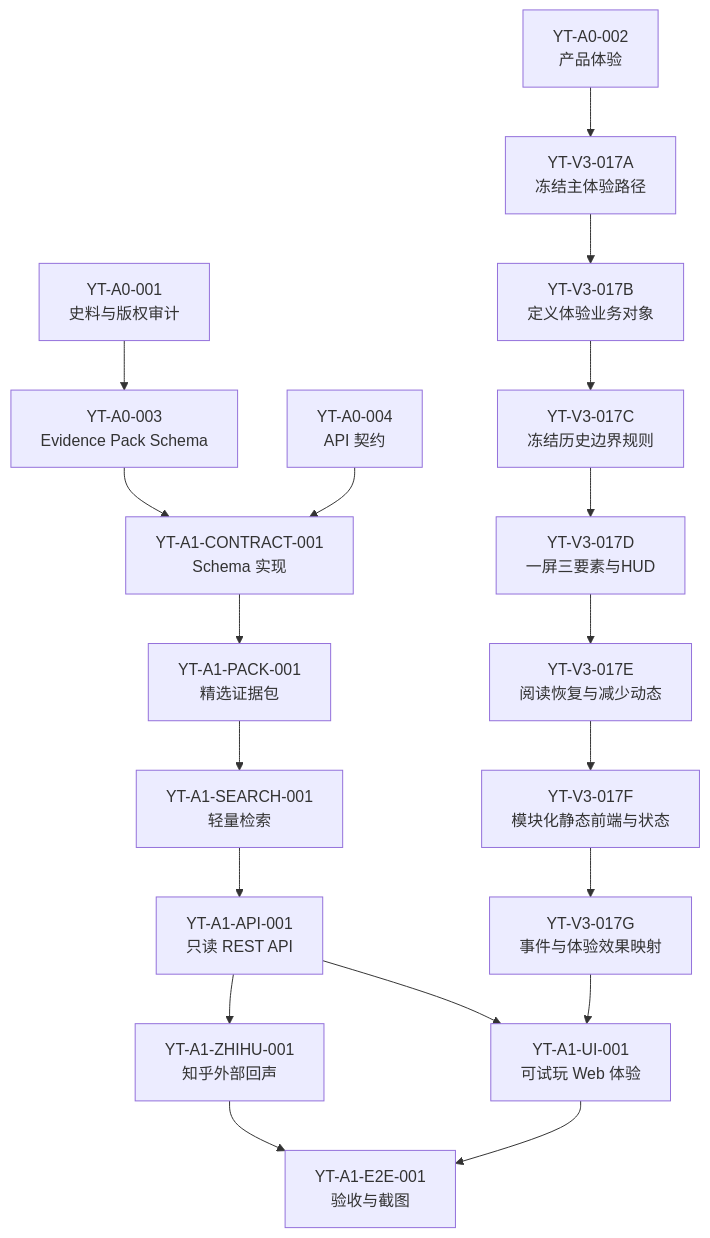
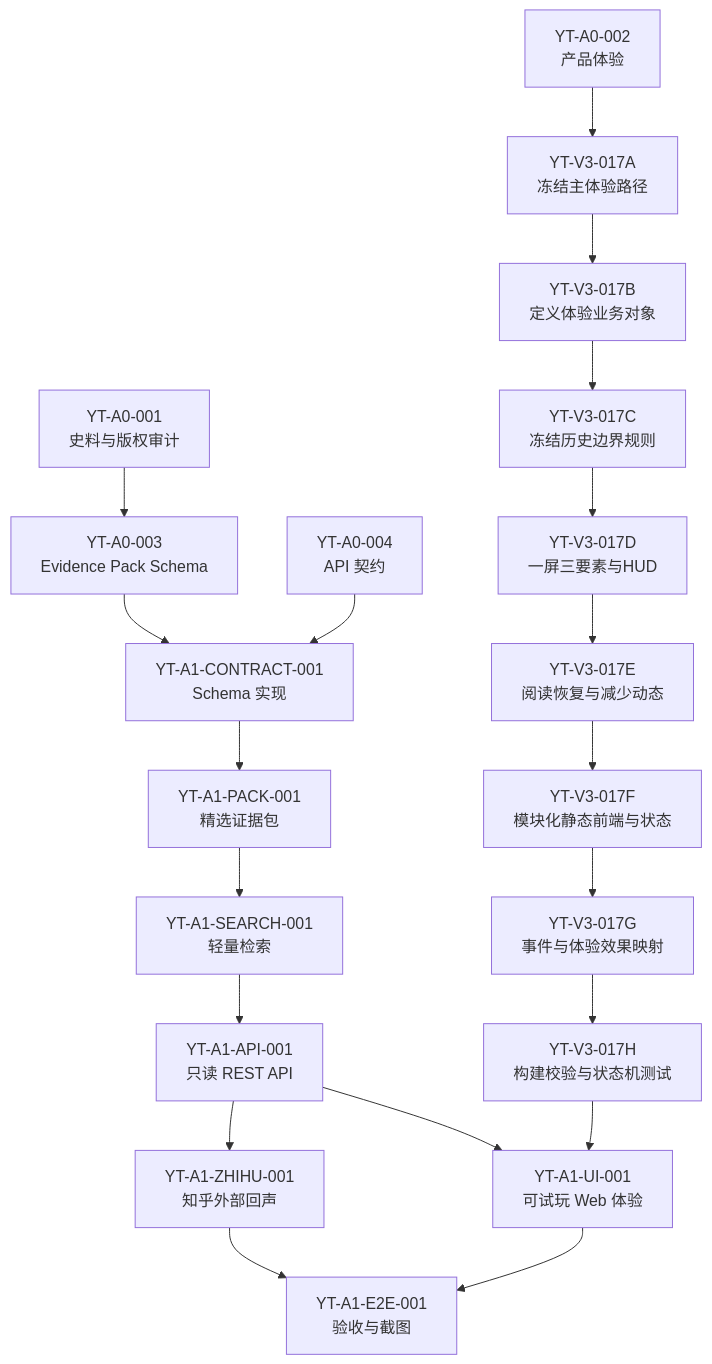
Before and after one commit to baijianqing/yantie-history: the diagram in docs/YANTIE_TASK_BREAKDOWN.md, drawn with Mermaid. The commit also changed other lines of this file, not shown here.

````diff
--- a/docs/YANTIE_TASK_BREAKDOWN.md
+++ b/docs/YANTIE_TASK_BREAKDOWN.md
@@ -24,22 +24,23 @@
 ```mermaid
 flowchart TB
     A001["YT-A0-001<br/>史料与版权审计"] --> A003["YT-A0-003<br/>Evidence Pack Schema"]
     A002["YT-A0-002<br/>产品体验"]
     A003 --> C001["YT-A1-CONTRACT-001<br/>Schema 实现"]
     A004["YT-A0-004<br/>API 契约"] --> C001
     C001 --> P001["YT-A1-PACK-001<br/>精选证据包"]
     P001 --> S001["YT-A1-SEARCH-001<br/>轻量检索"]
     S001 --> API001["YT-A1-API-001<br/>只读 REST API"]
     API001 --> UI001["YT-A1-UI-001<br/>可试玩 Web 体验"]
     API001 --> ZH001["YT-A1-ZHIHU-001<br/>知乎外部回声"]
     UI001 --> E2E001["YT-A1-E2E-001<br/>验收与截图"]
     ZH001 --> E2E001
     A002 --> V3017A["YT-V3-017A<br/>冻结主体验路径"]
     V3017A --> V3017B["YT-V3-017B<br/>定义体验业务对象"]
     V3017B --> V3017C["YT-V3-017C<br/>冻结历史边界规则"]
     V3017C --> V3017D["YT-V3-017D<br/>一屏三要素与HUD"]
     V3017D --> V3017E["YT-V3-017E<br/>阅读恢复与减少动态"]
     V3017E --> V3017F["YT-V3-017F<br/>模块化静态前端与状态"]
     V3017F --> V3017G["YT-V3-017G<br/>事件与体验效果映射"]
-    V3017G --> UI001
+    V3017G --> V3017H["YT-V3-017H<br/>构建校验与状态机测试"]
+    V3017H --> UI001
 ```
````
